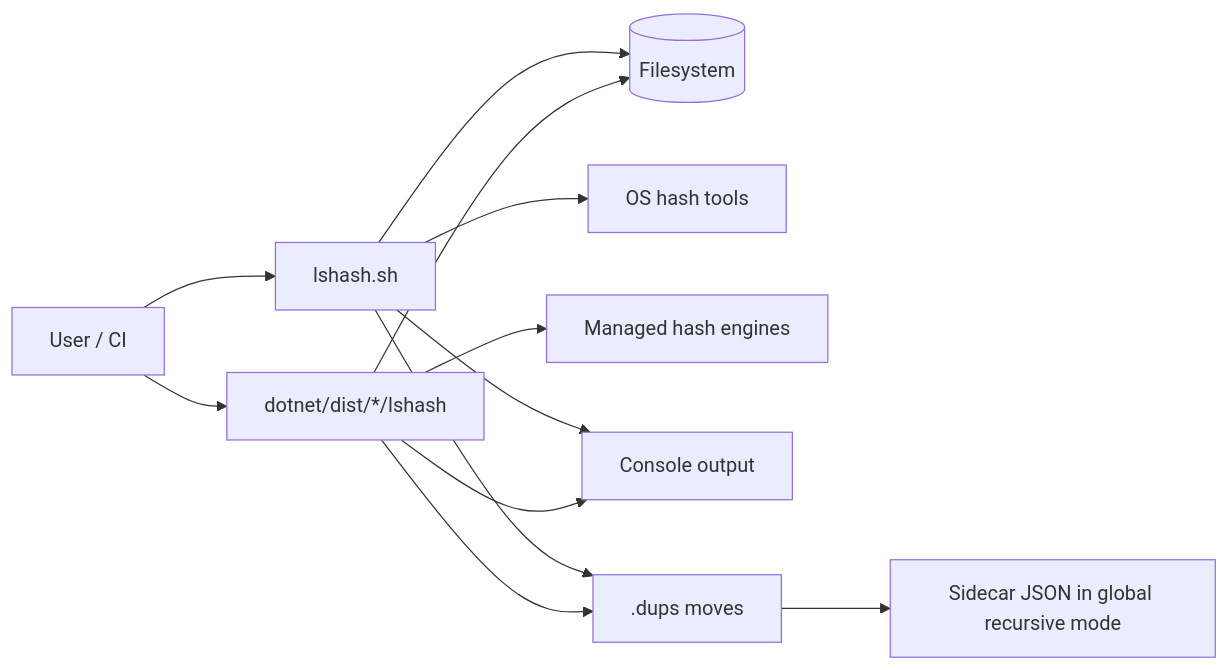
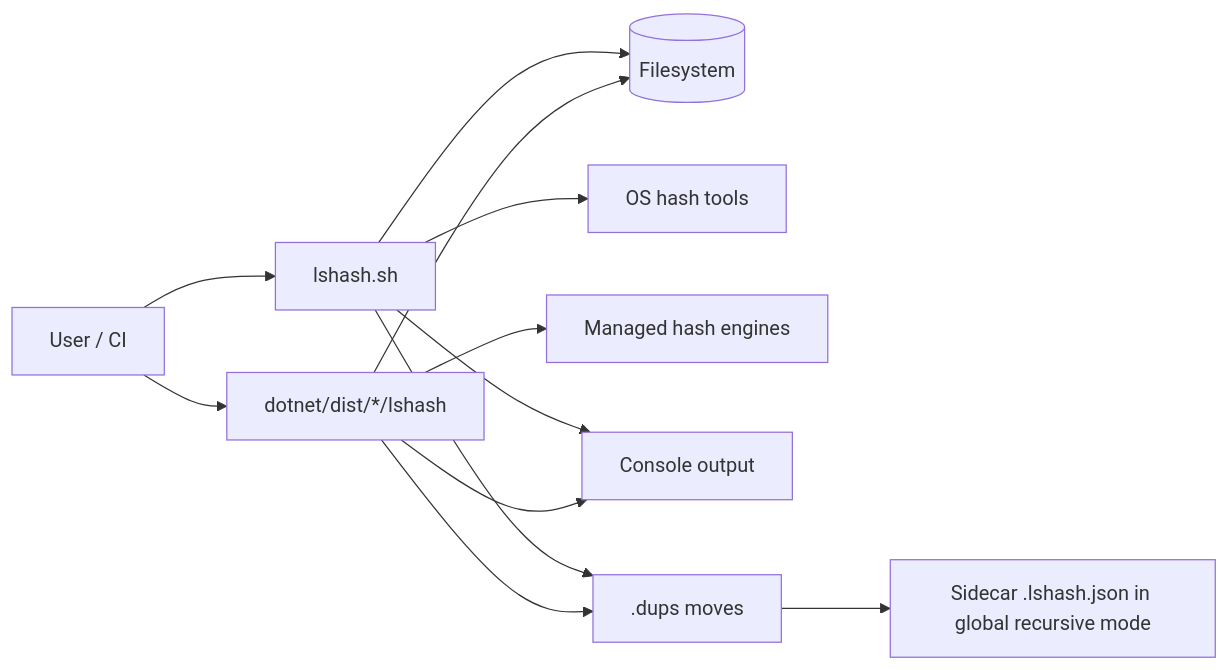
Before and after one commit to ngpepin/lshash: the first of 15 diagrams in ARCHITECTURE.md, drawn with Mermaid. The commit also changed other lines of this file and 5 other files, not shown here.

````diff
--- a/ARCHITECTURE.md
+++ b/ARCHITECTURE.md
@@ -12,14 +12,14 @@
 ```mermaid
 flowchart LR
   U[User / CI] --> CLI1[lshash.sh]
   U --> CLI2[dotnet/dist/*/lshash]
   CLI1 --> FS[(Filesystem)]
   CLI2 --> FS
   CLI1 --> HASH1[OS hash tools]
   CLI2 --> HASH2[Managed hash engines]
   CLI1 --> OUT[Console output]
   CLI2 --> OUT
   CLI1 --> DUPS[.dups moves]
   CLI2 --> DUPS
-  DUPS --> META[Sidecar JSON in global recursive mode]
+   DUPS --> META[Sidecar .lshash.json in global recursive mode]
 ```
````
